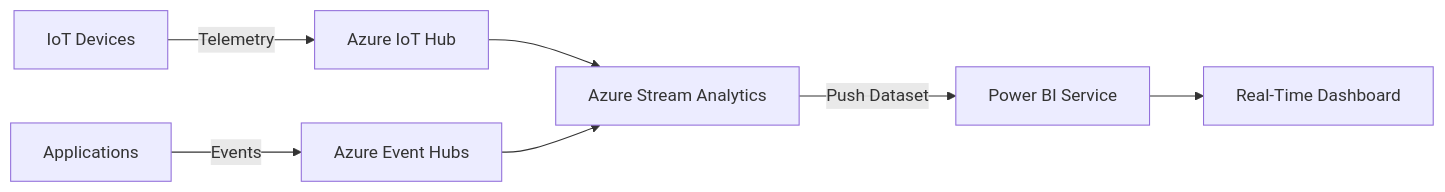
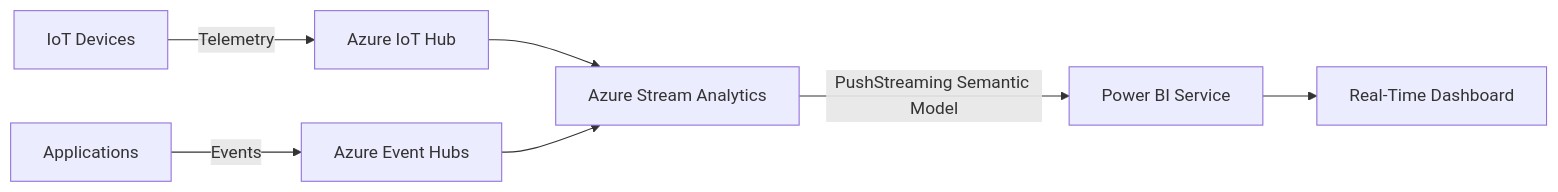
Before and after one commit to OneUptime/blog: the diagram in posts/2026-02-16-how-to-build-real-time-power-bi-dashboards-with-azure-stream-analytics/README.md, drawn with Mermaid. The commit also changed other lines of this file and 2 other files, not shown here.

Commit message:
validate: 2026-02-16-how-to-build-real-time-power-bi-dashboards-with-azure-stream-analytics

````diff
--- a/posts/2026-02-16-how-to-build-real-time-power-bi-dashboards-with-azure-stream-analytics/README.md
+++ b/posts/2026-02-16-how-to-build-real-time-power-bi-dashboards-with-azure-stream-analytics/README.md
@@ -17,9 +19,9 @@
 ```mermaid
 flowchart LR
     A[IoT Devices] -->|Telemetry| B[Azure IoT Hub]
     C[Applications] -->|Events| D[Azure Event Hubs]
     B --> E[Azure Stream Analytics]
     D --> E
-    E -->|Push Dataset| F[Power BI Service]
+    E -->|PushStreaming Semantic Model| F[Power BI Service]
     F --> G[Real-Time Dashboard]
 ```
````
